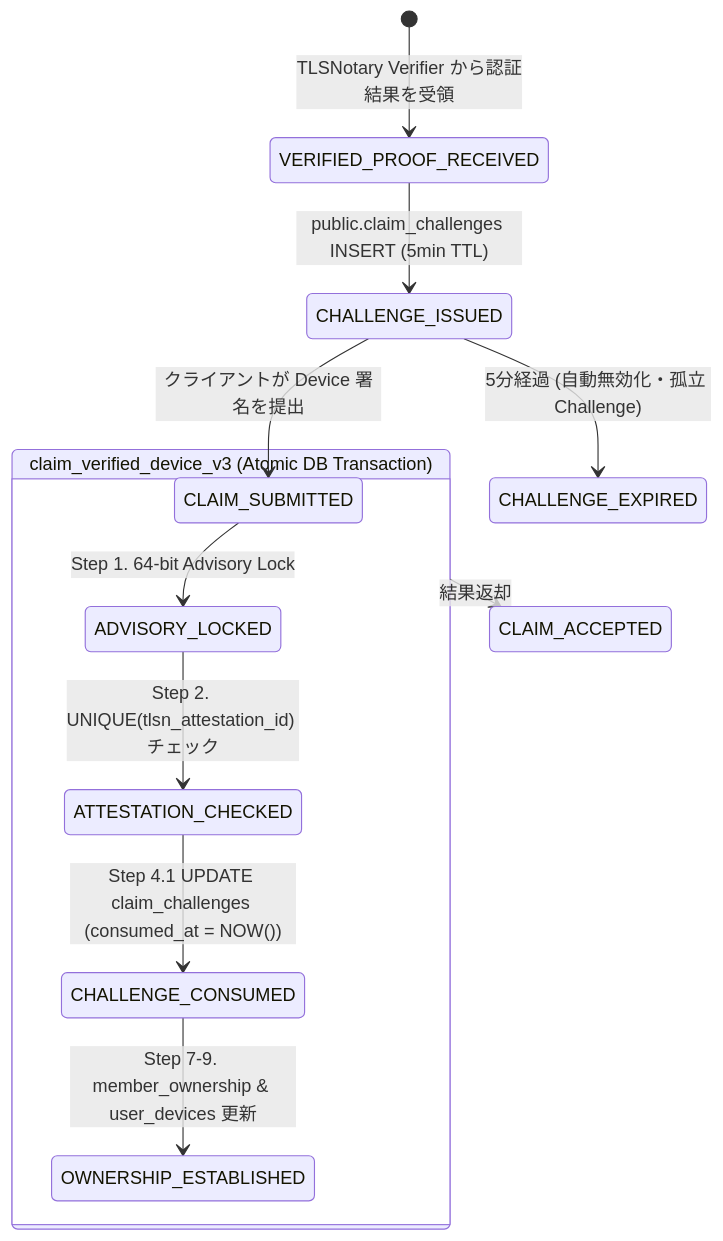
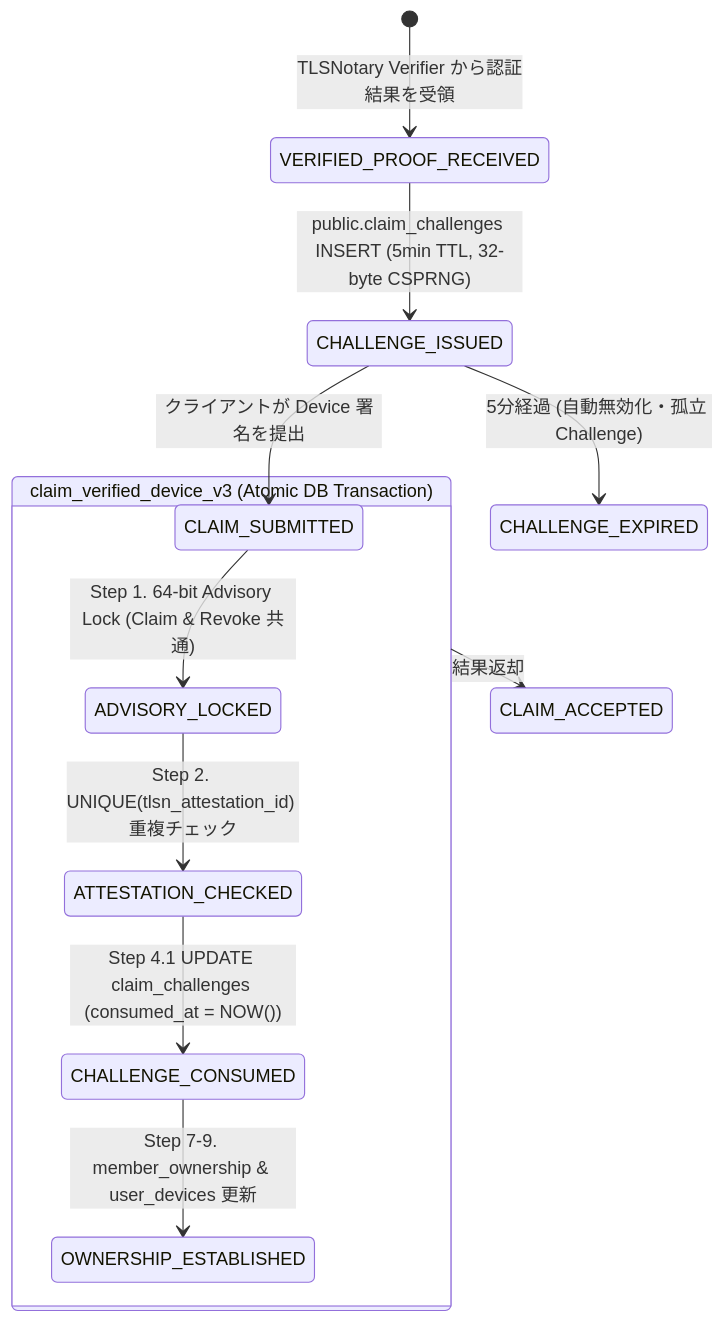
One commit to tsukasa-u/FUSOU changed the diagram in docs/operations/trusted-battle-and-telemetry-ingestion.md. Above: the diagram before and after it, drawn with Mermaid. The commit also changed other lines of this file and 1 other file, not shown here.

````diff
--- a/docs/operations/trusted-battle-and-telemetry-ingestion.md
+++ b/docs/operations/trusted-battle-and-telemetry-ingestion.md
@@ -383,16 +380,16 @@
 ```mermaid
 stateDiagram-v2
     [*] --> VERIFIED_PROOF_RECEIVED: TLSNotary Verifier から認証結果を受領
-    VERIFIED_PROOF_RECEIVED --> CHALLENGE_ISSUED: public.claim_challenges INSERT (5min TTL)
+    VERIFIED_PROOF_RECEIVED --> CHALLENGE_ISSUED: public.claim_challenges INSERT (5min TTL, 32-byte CSPRNG)
     CHALLENGE_ISSUED --> CLAIM_SUBMITTED: クライアントが Device 署名を提出
     
     state "claim_verified_device_v3 (Atomic DB Transaction)" as DB_TX {
-        CLAIM_SUBMITTED --> ADVISORY_LOCKED: Step 1. 64-bit Advisory Lock
-        ADVISORY_LOCKED --> ATTESTATION_CHECKED: Step 2. UNIQUE(tlsn_attestation_id) チェック
+        CLAIM_SUBMITTED --> ADVISORY_LOCKED: Step 1. 64-bit Advisory Lock (Claim & Revoke 共通)
+        ADVISORY_LOCKED --> ATTESTATION_CHECKED: Step 2. UNIQUE(tlsn_attestation_id) 重複チェック
         ATTESTATION_CHECKED --> CHALLENGE_CONSUMED: Step 4.1 UPDATE claim_challenges (consumed_at = NOW())
         CHALLENGE_CONSUMED --> OWNERSHIP_ESTABLISHED: Step 7-9. member_ownership & user_devices 更新
     }
     
     DB_TX --> CLAIM_ACCEPTED: 結果返却
     CHALLENGE_ISSUED --> CHALLENGE_EXPIRED: 5分経過 (自動無効化・孤立 Challenge)
 ```
````
